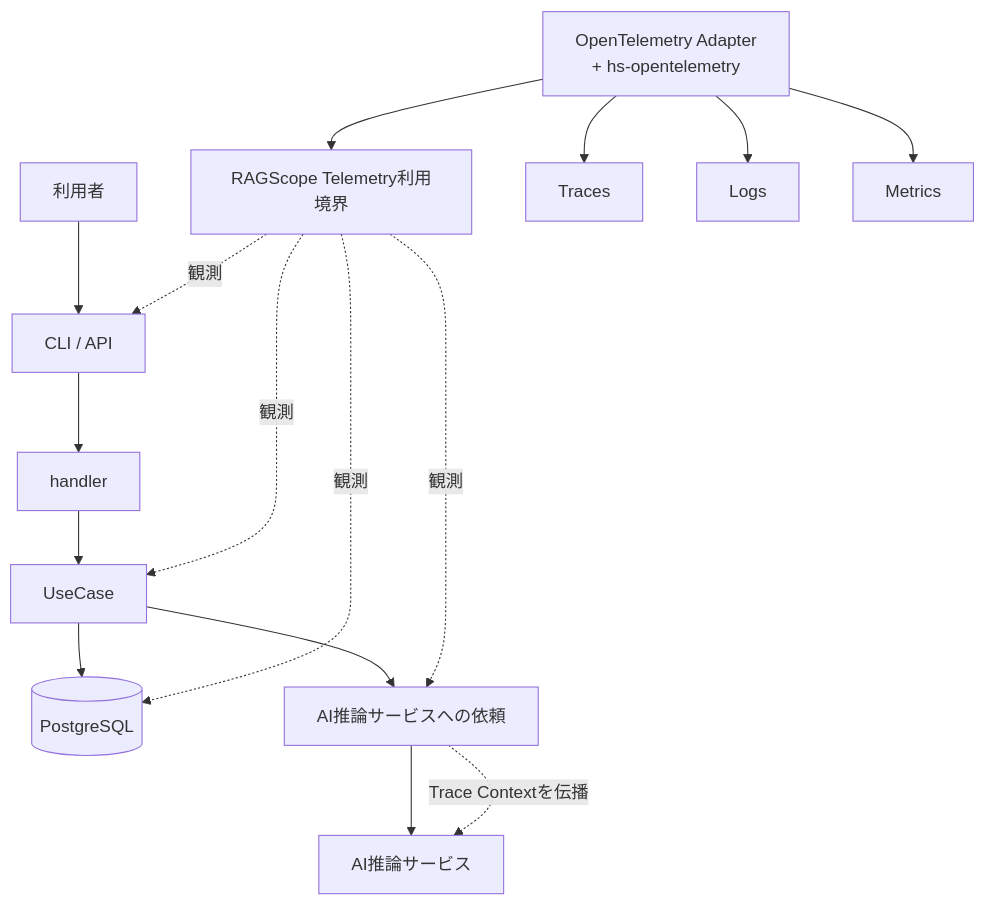
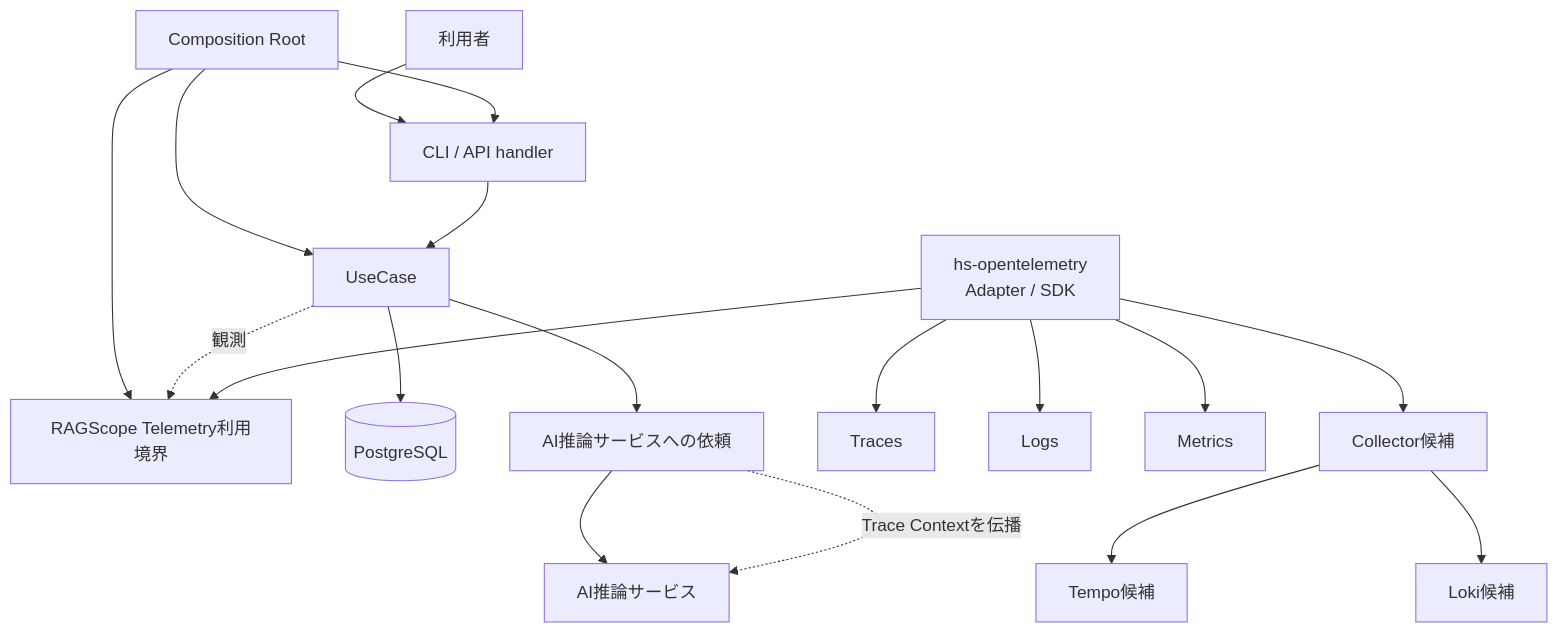
Before and after one commit to takashit16833/Workbench: the first of 2 diagrams in Notes/RAGScope/RAGScopeアプリケーション/RS-0023 Observability設計メモ.md, drawn with Mermaid. The commit also changed other lines of this file and 4 other files, not shown here.

````diff
--- a/Notes/RAGScope/RAGScopeアプリケーション/RS-0023 Observability設計メモ.md
+++ b/Notes/RAGScope/RAGScopeアプリケーション/RS-0023 Observability設計メモ.md
@@ -36,21 +44,26 @@
 ```mermaid
 flowchart TB
-    USER["利用者"] --> ENTRY["CLI / API"]
-    ENTRY --> H["handler"]
-    H --> UC["UseCase"]
+    USER["利用者"] --> H["CLI / API handler"]
+
+    CR["Composition Root"] --> H
+    CR --> UC["UseCase"]
+    CR --> TEL["RAGScope Telemetry利用境界"]
+
+    H --> UC
     UC --> DB[("PostgreSQL")]
     UC --> AIREQ["AI推論サービスへの依頼"]
     AIREQ --> AI["AI推論サービス"]
 
-    TEL["RAGScope Telemetry利用境界"] -. "観測" .-> ENTRY
-    TEL -. "観測" .-> UC
-    TEL -. "観測" .-> DB
-    TEL -. "観測" .-> AIREQ
+    AIREQ -. "Trace Contextを伝播" .-> AI
 
-    OTEL["OpenTelemetry Adapter\n+ hs-opentelemetry"] --> TEL
-    OTEL --> TRACE["Traces"]
-    OTEL --> LOGS["Logs"]
-    OTEL --> METRICS["Metrics"]
+    UC -. "観測" .-> TEL
+    OTEL["hs-opentelemetry\nAdapter / SDK"] --> TEL
 
-    AIREQ -. "Trace Contextを伝播" .-> AI
+    OTEL --> TR["Traces"]
+    OTEL --> LG["Logs"]
+    OTEL --> MT["Metrics"]
+
+    OTEL --> COL["Collector候補"]
+    COL --> TEMPO["Tempo候補"]
+    COL --> LOKI["Loki候補"]
 ```
````
